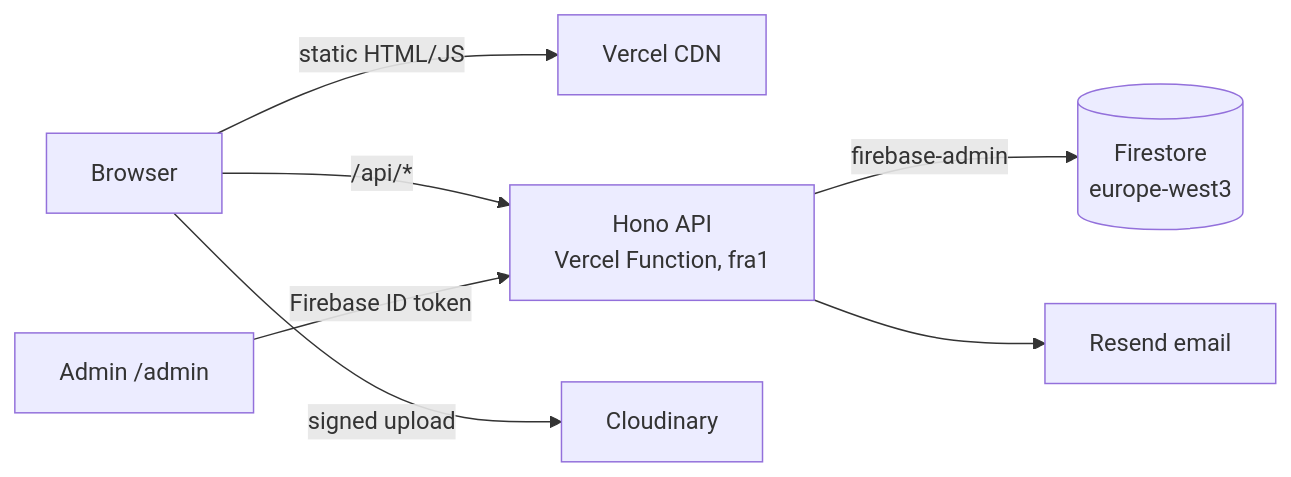
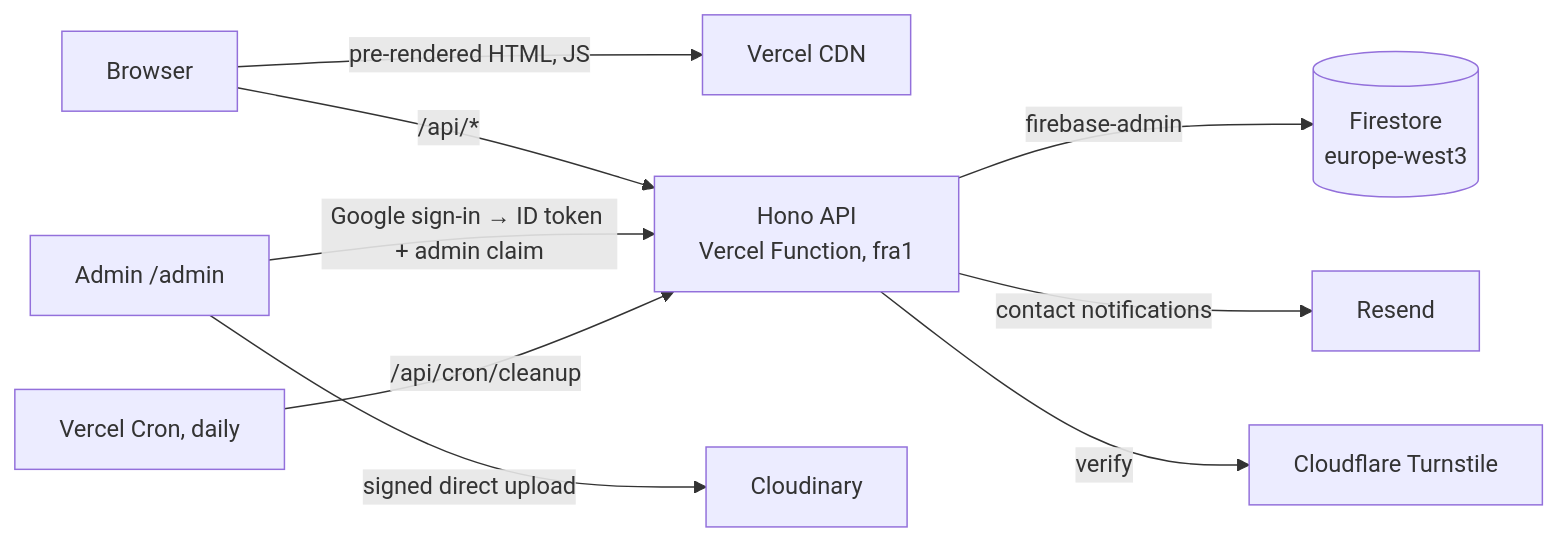
Before and after one commit to CoralBareket/portfolio: the first of 2 diagrams in README.md, drawn with Mermaid. The commit also changed other lines of this file and 5 other files, not shown here.

````diff
--- a/README.md
+++ b/README.md
@@ -11,9 +36,11 @@
 ```mermaid
 flowchart LR
-  B[Browser] -->|static HTML/JS| V[Vercel CDN]
+  B[Browser] -->|pre-rendered HTML, JS| V[Vercel CDN]
   B -->|/api/*| F[Hono API<br/>Vercel Function, fra1]
   F -->|firebase-admin| FS[(Firestore<br/>europe-west3)]
-  F --> R[Resend email]
-  B -->|signed upload| C[Cloudinary]
-  A[Admin /admin] -->|Firebase ID token| F
+  F -->|contact notifications| R[Resend]
+  F -->|verify| T[Cloudflare Turnstile]
+  A[Admin /admin] -->|Google sign-in → ID token + admin claim| F
+  A -->|signed direct upload| C[Cloudinary]
+  CR[Vercel Cron, daily] -->|/api/cron/cleanup| F
 ```
````
